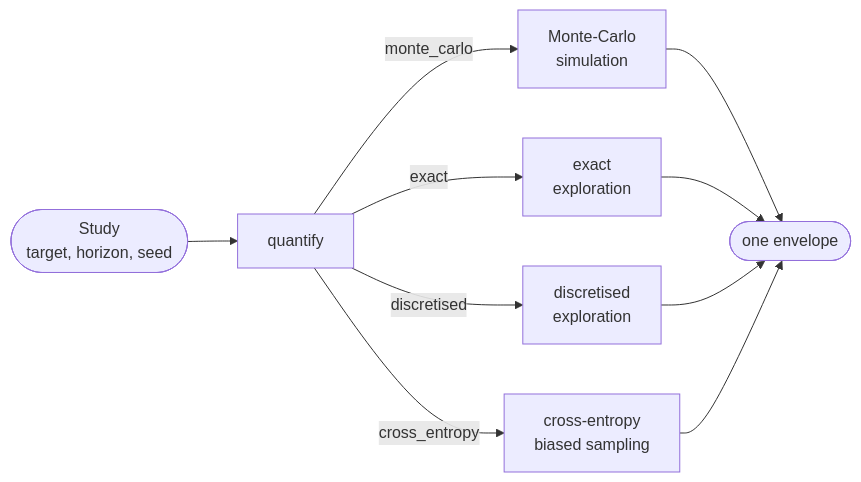
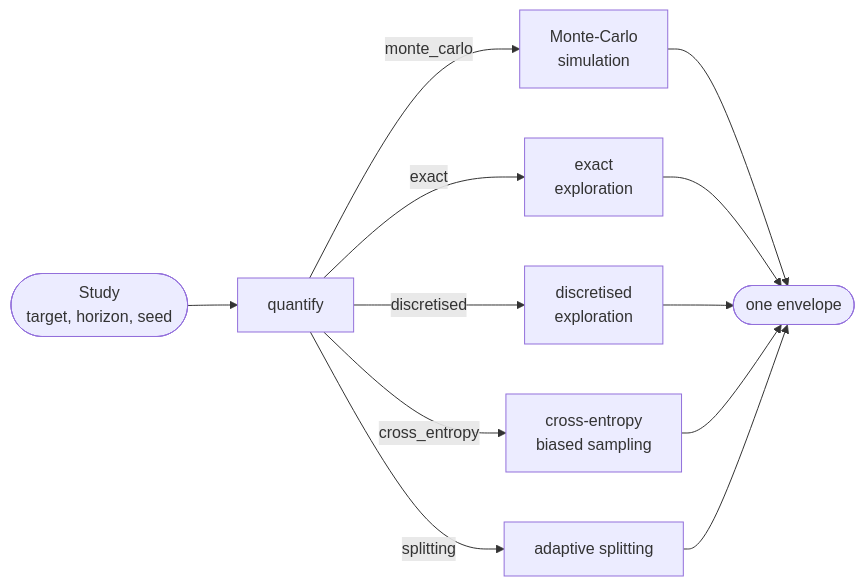
The diagram in docs/guides/quantification.md (edgemind-sas/cod3s-raichu), drawn with Mermaid before and after one commit. The commit also changed other lines of this file and 28 other files, not shown here.

````diff
--- a/docs/guides/quantification.md
+++ b/docs/guides/quantification.md
@@ -17,12 +17,14 @@
 ```mermaid
 flowchart LR
     ST(["Study<br/>target, horizon, seed"]) --> Q["quantify"]
     Q -->|monte_carlo| MC["Monte-Carlo<br/>simulation"]
     Q -->|exact| EX["exact<br/>exploration"]
     Q -->|discretised| DI["discretised<br/>exploration"]
     Q -->|cross_entropy| CE["cross-entropy<br/>biased sampling"]
     MC --> ENV(["one envelope"])
     EX --> ENV
     DI --> ENV
     CE --> ENV
+    Q -->|splitting| SP["adaptive splitting"]
+    SP --> ENV
 ```
````
